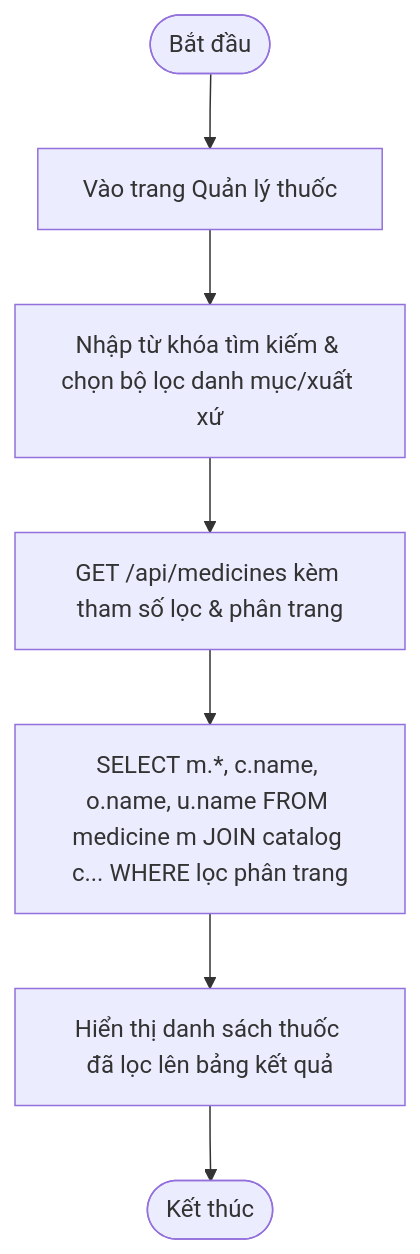
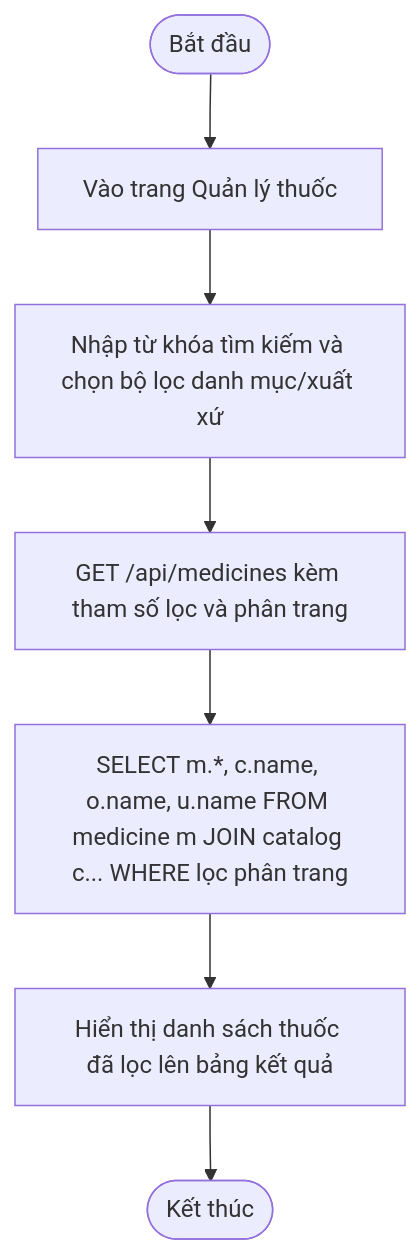
One commit to ngocuyenle15/PIS-CNPM changed diagram 13 of 32 in a.md. Above: the diagram before and after it, drawn with Mermaid. The commit also changed other lines of this file, not shown here.

````diff
--- a/a.md
+++ b/a.md
@@ -178,8 +178,8 @@
 ```mermaid
 flowchart TD
     Start([Bắt đầu]) --> OpenMedicines[Vào trang Quản lý thuốc]
-    OpenMedicines --> InputSearch[Nhập từ khóa tìm kiếm & chọn bộ lọc danh mục/xuất xứ]
-    InputSearch --> SendGET[GET /api/medicines kèm tham số lọc & phân trang]
+    OpenMedicines --> InputSearch[Nhập từ khóa tìm kiếm và chọn bộ lọc danh mục/xuất xứ]
+    InputSearch --> SendGET[GET /api/medicines kèm tham số lọc và phân trang]
     SendGET --> QueryDB[SELECT m.*, c.name, o.name, u.name FROM medicine m JOIN catalog c... WHERE lọc phân trang]
     QueryDB --> RenderUI[Hiển thị danh sách thuốc đã lọc lên bảng kết quả] --> End([Kết thúc])
 ```
````
